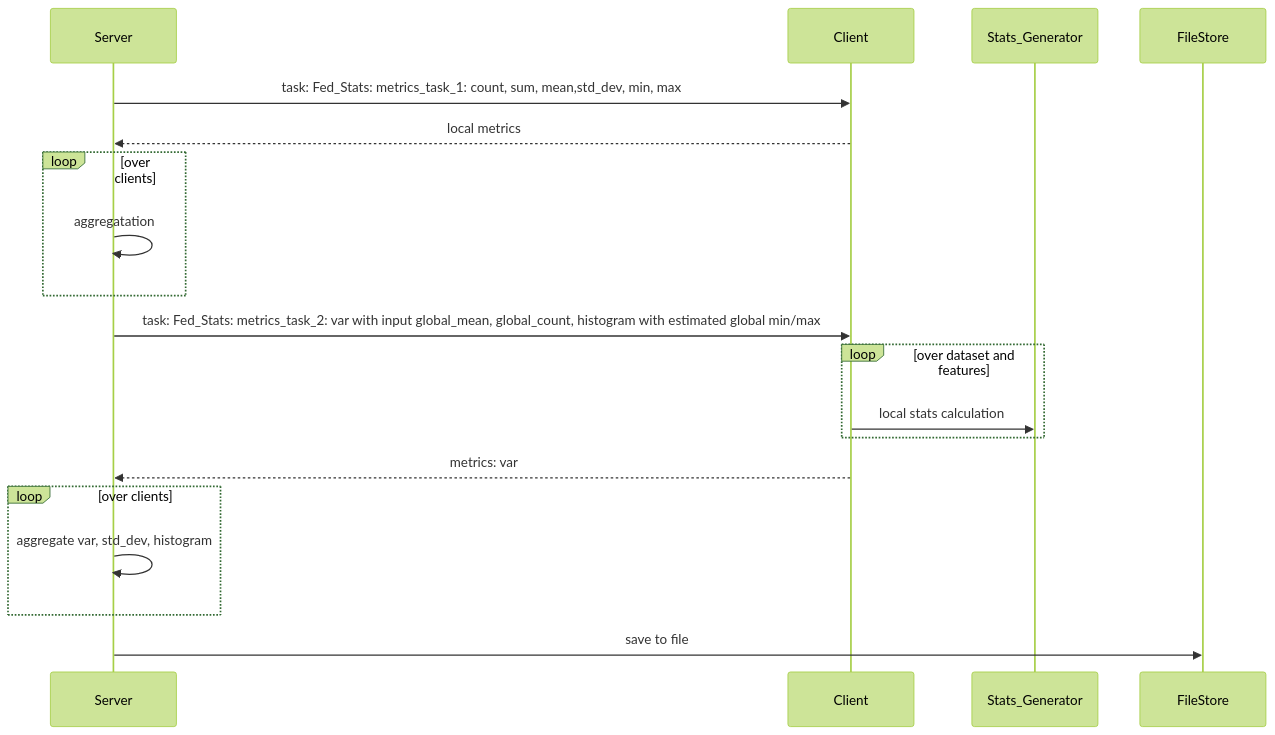
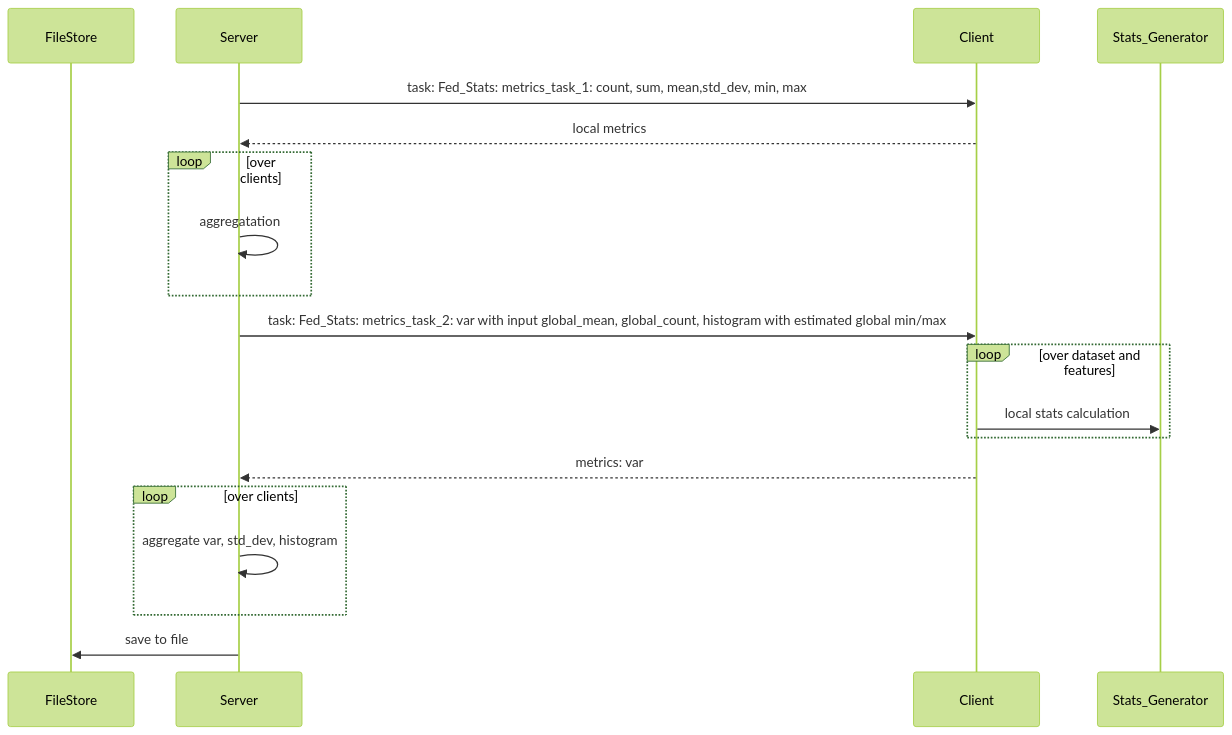
One commit to NVIDIA/NVFlare changed the diagram in examples/federated_statistics/README.md. Above: the diagram before and after it, drawn with Mermaid (forest theme). The commit also changed other lines of this file and 29 other files, not shown here.

````diff
--- a/examples/federated_statistics/README.md
+++ b/examples/federated_statistics/README.md
@@ -26,22 +26,22 @@
 ```mermaid
  
 sequenceDiagram
+    participant FileStore
     participant Server
     participant Client
     participant Stats_Generator
-    participant FileStore
     Server->>Client: task: Fed_Stats: metrics_task_1: count, sum, mean,std_dev, min, max 
     Client-->>Server: local metrics
     loop over clients
         Server->>Server: aggregatation
     end
     Server->>Client:  task: Fed_Stats: metrics_task_2: var with input global_mean, global_count, histogram with estimated global min/max
     loop over dataset and features
        Client->>Stats_Generator: local stats calculation
     end
     Client-->>Server: metrics: var
     loop over clients
         Server->>Server: aggregate var, std_dev, histogram
     end
     Server->>FileStore: save to file
 ```
````
